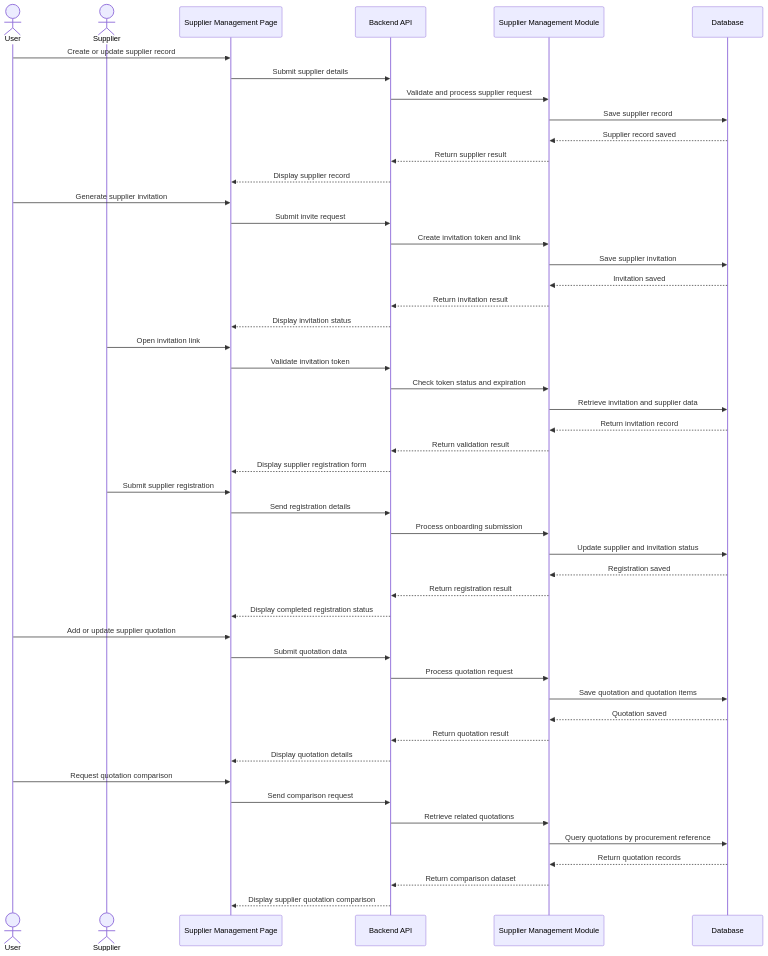
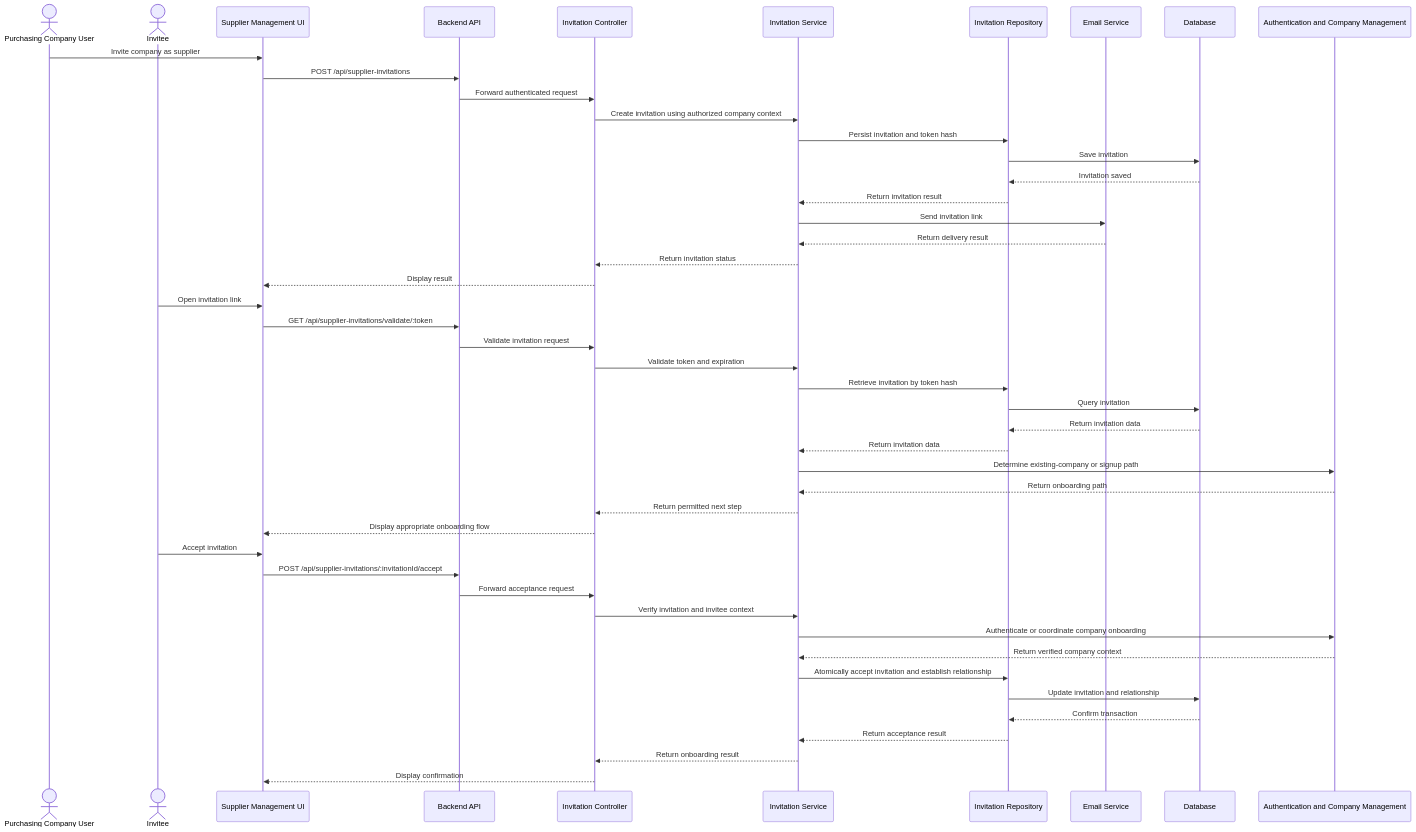
The sixth of 14 diagrams in docs/architecture/Low_Level_Design.md (Wiii-1/New_LINAW), drawn with Mermaid before and after one commit. The commit also changed other lines of this file and 4 other files, not shown here.

````diff
--- a/docs/architecture/Low_Level_Design.md
+++ b/docs/architecture/Low_Level_Design.md
@@ -1079,57 +1480,52 @@
 ```mermaid
 sequenceDiagram
-    actor User
-    actor Supplier
-    participant UI as Supplier Management Page
+    actor BuyerUser as Purchasing Company User
+    actor Invitee
+    participant UI as Supplier Management UI
     participant API as Backend API
-    participant SUP as Supplier Management Module
+    participant INV as Invitation Controller
+    participant SVC as Invitation Service
+    participant REP as Invitation Repository
+    participant EMAIL as Email Service
     participant DB as Database
+    participant AUTH as Authentication and Company Management
 
-    User->>UI: Create or update supplier record
-    UI->>API: Submit supplier details
-    API->>SUP: Validate and process supplier request
-    SUP->>DB: Save supplier record
-    DB-->>SUP: Supplier record saved
-    SUP-->>API: Return supplier result
-    API-->>UI: Display supplier record
+    BuyerUser->>UI: Invite company as supplier
+    UI->>API: POST /api/supplier-invitations
+    API->>INV: Forward authenticated request
+    INV->>SVC: Create invitation using authorized company context
+    SVC->>REP: Persist invitation and token hash
+    REP->>DB: Save invitation
+    DB-->>REP: Invitation saved
+    REP-->>SVC: Return invitation result
+    SVC->>EMAIL: Send invitation link
+    EMAIL-->>SVC: Return delivery result
+    SVC-->>INV: Return invitation status
+    INV-->>UI: Display result
 
-    User->>UI: Generate supplier invitation
-    UI->>API: Submit invite request
-    API->>SUP: Create invitation token and link
-    SUP->>DB: Save supplier invitation
-    DB-->>SUP: Invitation saved
-    SUP-->>API: Return invitation result
-    API-->>UI: Display invitation status
+    Invitee->>UI: Open invitation link
+    UI->>API: GET /api/supplier-invitations/validate/:token
+    API->>INV: Validate invitation request
+    INV->>SVC: Validate token and expiration
+    SVC->>REP: Retrieve invitation by token hash
+    REP->>DB: Query invitation
+    DB-->>REP: Return invitation data
+    REP-->>SVC: Return invitation data
+    SVC->>AUTH: Determine existing-company or signup path
+    AUTH-->>SVC: Return onboarding path
+    SVC-->>INV: Return permitted next step
+    INV-->>UI: Display appropriate onboarding flow
 
-    Supplier->>UI: Open invitation link
-    UI->>API: Validate invitation token
-    API->>SUP: Check token status and expiration
-    SUP->>DB: Retrieve invitation and supplier data
-    DB-->>SUP: Return invitation record
-    SUP-->>API: Return validation result
-    API-->>UI: Display supplier registration form
-
-    Supplier->>UI: Submit supplier registration
-    UI->>API: Send registration details
-    API->>SUP: Process onboarding submission
-    SUP->>DB: Update supplier and invitation status
-    DB-->>SUP: Registration saved
-    SUP-->>API: Return registration result
-    API-->>UI: Display completed registration status
-
-    User->>UI: Add or update supplier quotation
-    UI->>API: Submit quotation data
-    API->>SUP: Process quotation request
-    SUP->>DB: Save quotation and quotation items
-    DB-->>SUP: Quotation saved
-    SUP-->>API: Return quotation result
-    API-->>UI: Display quotation details
-
-    User->>UI: Request quotation comparison
-    UI->>API: Send comparison request
-    API->>SUP: Retrieve related quotations
-    SUP->>DB: Query quotations by procurement reference
-    DB-->>SUP: Return quotation records
-    SUP-->>API: Return comparison dataset
-    API-->>UI: Display supplier quotation comparison
+    Invitee->>UI: Accept invitation
+    UI->>API: POST /api/supplier-invitations/:invitationId/accept
+    API->>INV: Forward acceptance request
+    INV->>SVC: Verify invitation and invitee context
+    SVC->>AUTH: Authenticate or coordinate company onboarding
+    AUTH-->>SVC: Return verified company context
+    SVC->>REP: Atomically accept invitation and establish relationship
+    REP->>DB: Update invitation and relationship
+    DB-->>REP: Confirm transaction
+    REP-->>SVC: Return acceptance result
+    SVC-->>INV: Return onboarding result
+    INV-->>UI: Display confirmation
 ```
````
